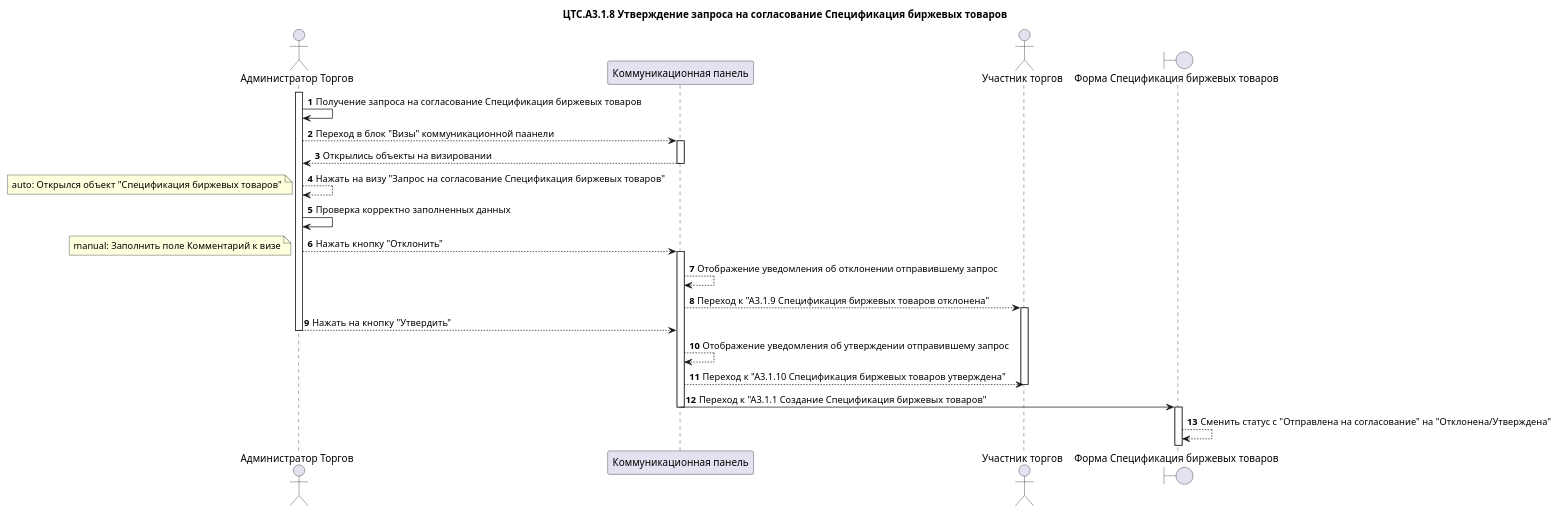
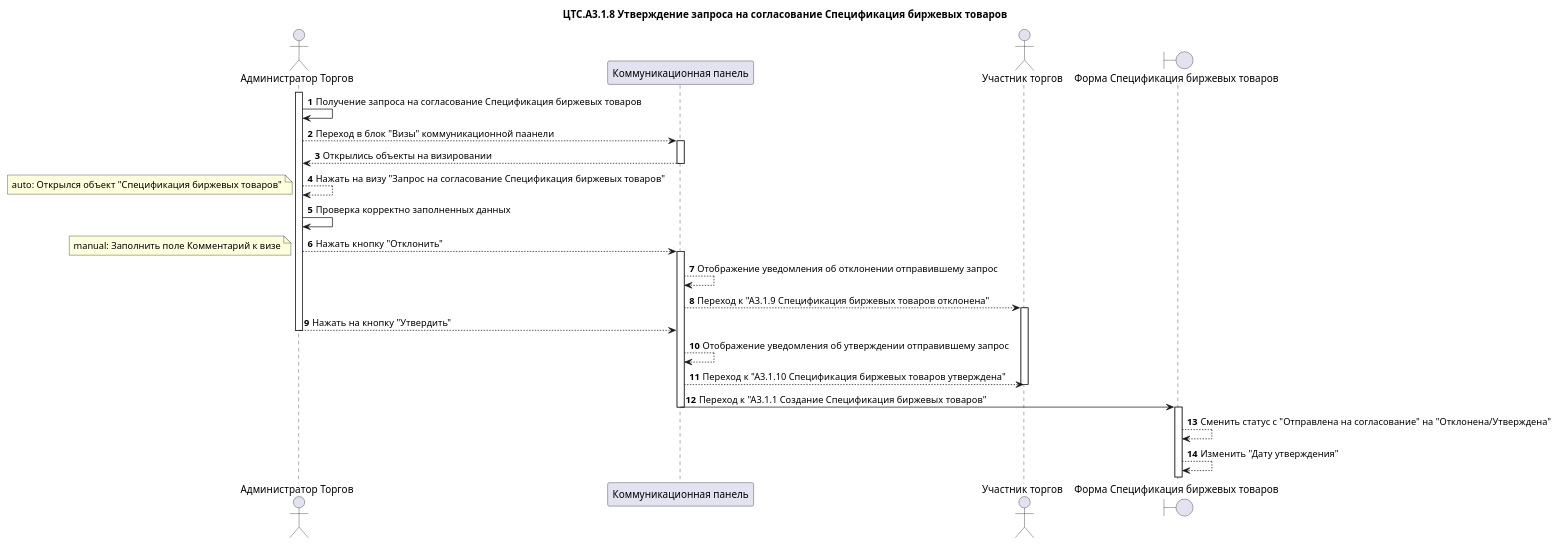
Before and after one commit to moaxmoaxpxrf4jag/CTS.Documentation: the diagram in Project solutions/БП. Диаграммы/A3.Управление Каталогом ТРУ/A3.1.Допуск товара к торгам/ЦТС.А3.1.8.Утверждение запроса на согласование Спецификация биржевых товаров.wsd, drawn with PlantUML. The commit also changed 2 other files, not shown here.

```diff
--- a/Project solutions/БП. Диаграммы/A3.Управление Каталогом ТРУ/A3.1.Допуск товара к торгам/ЦТС.А3.1.8.Утверждение запроса на согласование Спецификация биржевых товаров.wsd
+++ b/Project solutions/БП. Диаграммы/A3.Управление Каталогом ТРУ/A3.1.Допуск товара к торгам/ЦТС.А3.1.8.Утверждение запроса на согласование Спецификация биржевых товаров.wsd
@@ -1,52 +1,49 @@
 @startuml "ЦТС.А3.1 Допуск товара к торгам"
 title "ЦТС.А3.1.8 Утверждение запроса на согласование Спецификация биржевых товаров"
 actor "Администратор Торгов" as UserCTS
 participant "Коммуникационная панель" as CommunicationPanel
 actor "Участник торгов" as User
 boundary "Форма Спецификация биржевых товаров" as Specification
 
 autonumber
 
 activate UserCTS
 UserCTS->UserCTS: Получение запроса на согласование Спецификация биржевых товаров
 
 
 UserCTS-->CommunicationPanel: Переход в блок "Визы" коммуникационной паанели
 activate CommunicationPanel
 CommunicationPanel-->UserCTS: Открылись объекты на визировании
 deactivate CommunicationPanel
 UserCTS-->UserCTS: Нажать на визу "Запрос на согласование Спецификация биржевых товаров"
 
 note left
  auto: Открылся объект "Спецификация биржевых товаров"
 end note 
 
 UserCTS->UserCTS: Проверка корректно заполненных данных
 
         UserCTS-->CommunicationPanel: Нажать кнопку "Отклонить"
     note left
          manual: Заполнить поле Комментарий к визе
     end note
     activate CommunicationPanel
 
 CommunicationPanel-->CommunicationPanel: Отображение уведомления об отклонении отправившему запрос
 
 
 
 CommunicationPanel-->User: Переход к "А3.1.9 Спецификация биржевых товаров отклонена"
 activate User
 UserCTS-->CommunicationPanel: Нажать на кнопку "Утвердить"
 deactivate UserCTS
 CommunicationPanel-->CommunicationPanel: Отображение уведомления об утверждении отправившему запрос
 deactivate UserCTS
 CommunicationPanel-->User: Переход к "А3.1.10 Спецификация биржевых товаров утверждена"
 deactivate User
 CommunicationPanel->Specification: Переход к "А3.1.1 Создание Спецификация биржевых товаров"
 deactivate CommunicationPanel
 activate Specification
 Specification-->Specification: Сменить статус с "Отправлена на согласование" на "Отклонена/Утверждена"
-   
-
-   
-
+Specification-->Specification: Изменить "Дату утверждения"
 @enduml
```
